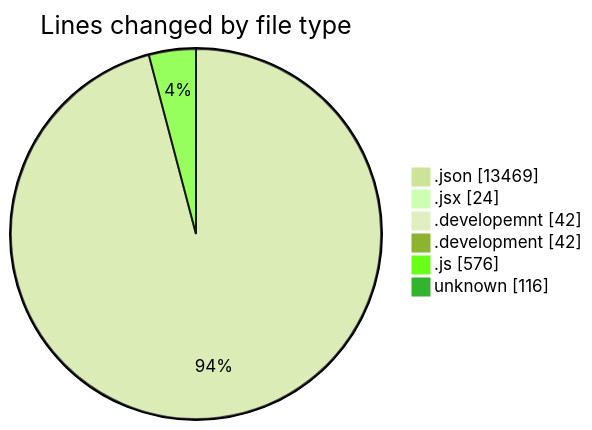
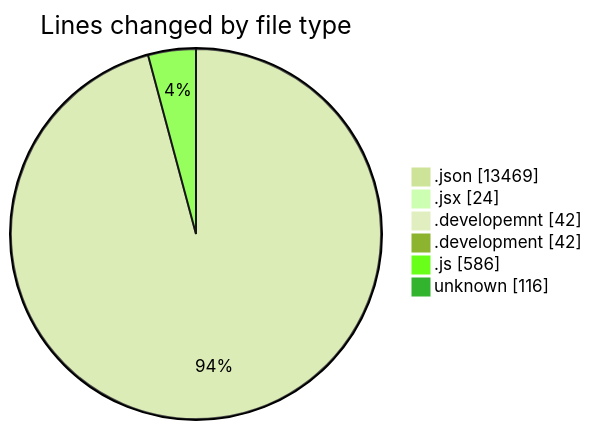
The first of 2 diagrams in 2025-10-30/nxtqube_webapp/README.md (nxtqubesakshisongat/code-tracking), drawn with Mermaid (forest theme) before and after one commit. The commit also changed other lines of this file and 1 other file, not shown here.

````diff
--- a/2025-10-30/nxtqube_webapp/README.md
+++ b/2025-10-30/nxtqube_webapp/README.md
@@ -27,10 +27,10 @@
 ```mermaid
 pie showData
 title Lines changed by file type
 ".json" : 13469
 ".jsx" : 24
 ".developemnt" : 42
 ".development" : 42
-".js" : 576
+".js" : 586
 "unknown" : 116
 ```
````
